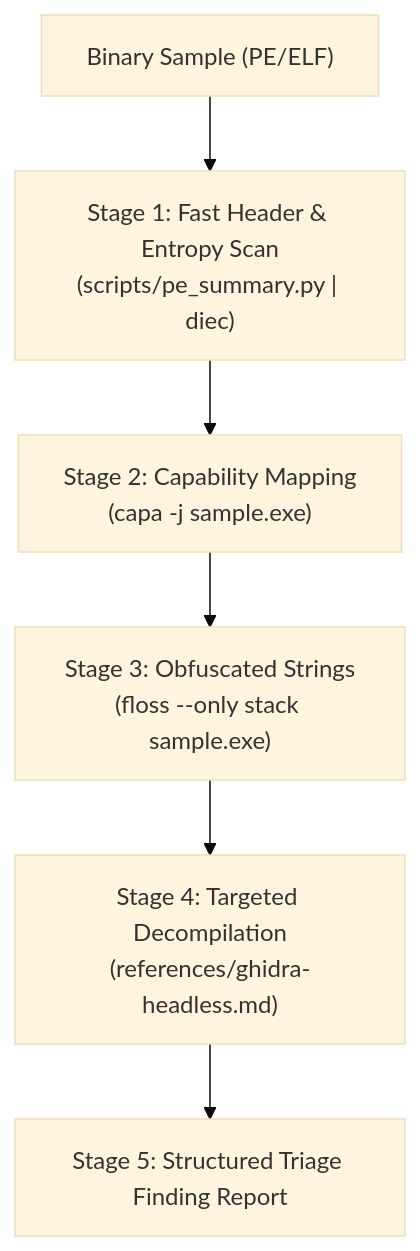
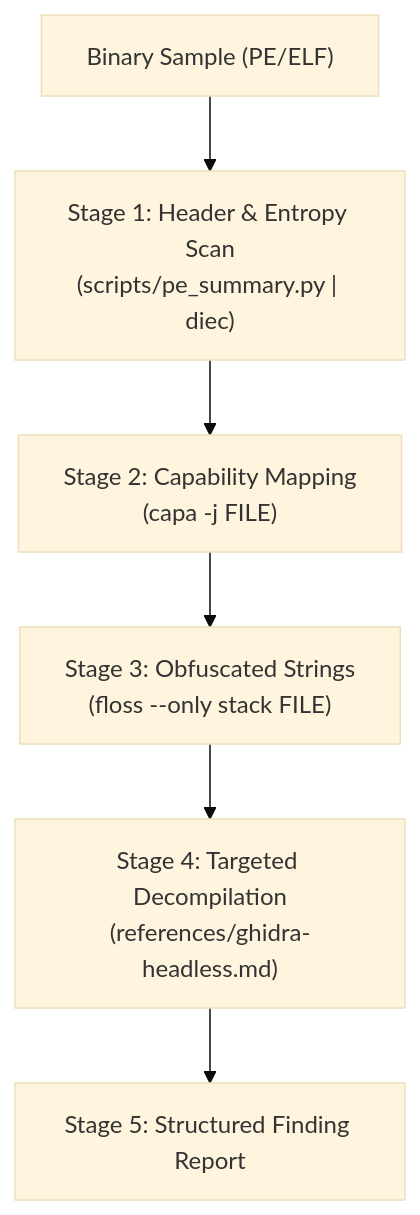
One commit to skygrip/dotfiles changed the diagram in pi-agent/Pi_Config/agent/skills/pe-malware-triage/SKILL.md. Above: the diagram before and after it, drawn with Mermaid (base theme). The commit also changed other lines of this file and 23 other files, not shown here.

````diff
--- a/pi-agent/Pi_Config/agent/skills/pe-malware-triage/SKILL.md
+++ b/pi-agent/Pi_Config/agent/skills/pe-malware-triage/SKILL.md
@@ -38,8 +26,8 @@
 ```mermaid
 flowchart TD
-    SAMP["Binary Sample (PE/ELF)"] --> S1["Stage 1: Fast Header & Entropy Scan<br/>(scripts/pe_summary.py | diec)"]
-    S1 --> S2["Stage 2: Capability Mapping<br/>(capa -j sample.exe)"]
-    S2 --> S3["Stage 3: Obfuscated Strings<br/>(floss --only stack sample.exe)"]
+    SAMP["Binary Sample (PE/ELF)"] --> S1["Stage 1: Header & Entropy Scan<br/>(scripts/pe_summary.py | diec)"]
+    S1 --> S2["Stage 2: Capability Mapping<br/>(capa -j FILE)"]
+    S2 --> S3["Stage 3: Obfuscated Strings<br/>(floss --only stack FILE)"]
     S3 --> S4["Stage 4: Targeted Decompilation<br/>(references/ghidra-headless.md)"]
-    S4 --> REP["Stage 5: Structured Triage Finding Report"]
+    S4 --> REP["Stage 5: Structured Finding Report"]
 ```
````
